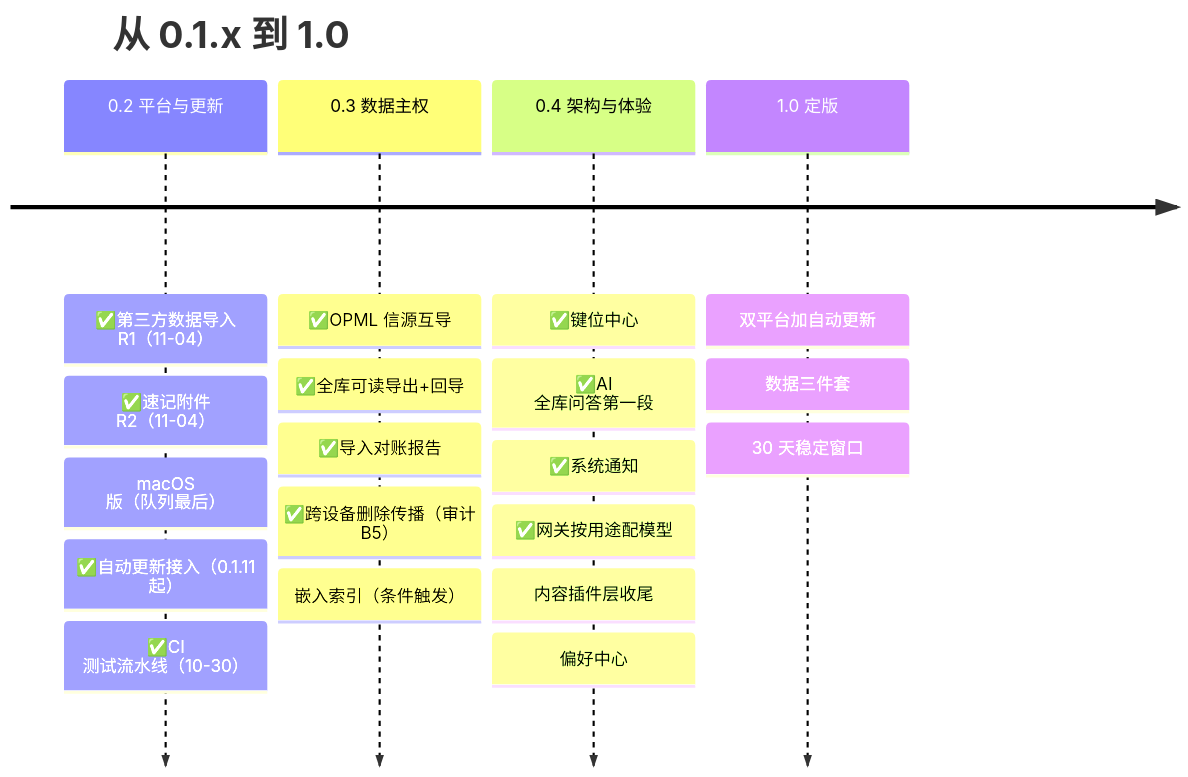
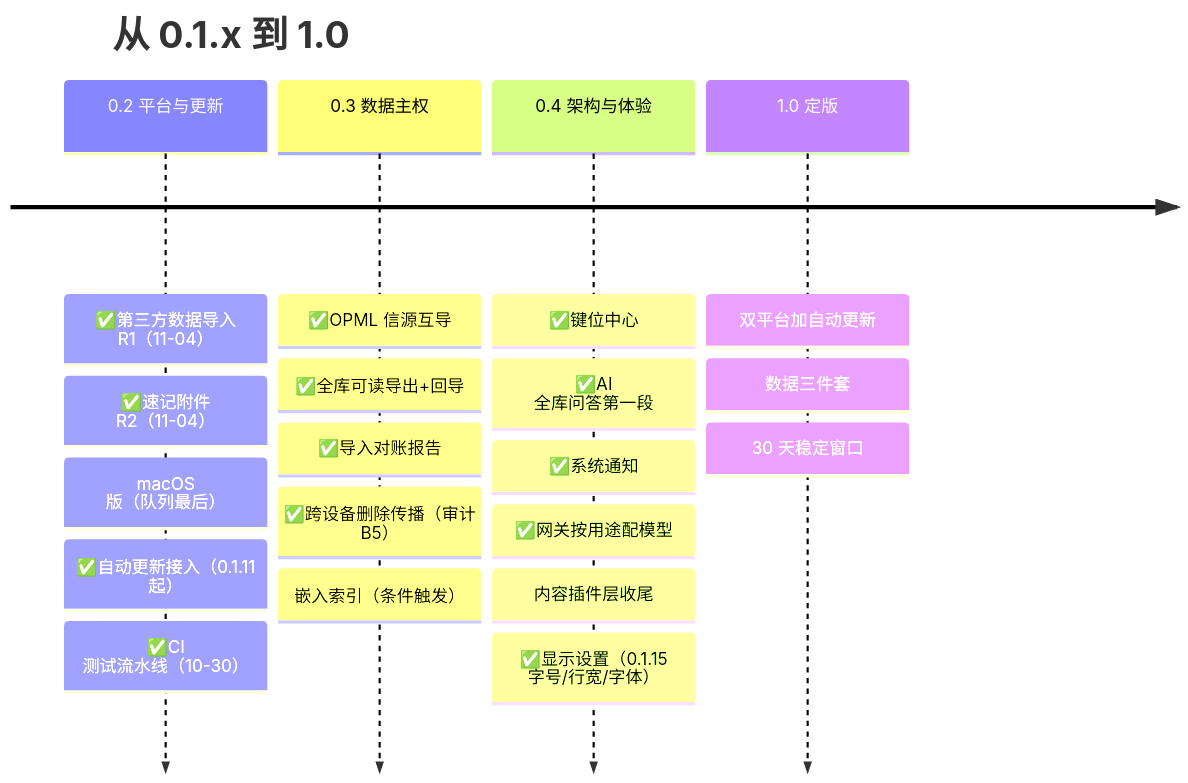
Before and after one commit to LoganLink0/pwork: the diagram in docs/design/05-路线图.md, drawn with Mermaid. The commit also changed 11 other files, not shown here.

Commit message:
chore(0.1.16 发版准备): 版本三处 0.1.16 + CHANGELOG 新条目（11-06 大批：通知中心/最近打开/公告卡/移动端导航重构/帮助页六项/设置更名/文案瘦身/AI 验收/529 基线）+ 发布说明头部与 0.1.16 变化段与更新链 + user-guide 补侧栏三构件与手机端导航节 + 测试数三处一致（介绍页数字卡 529/README 529/overview 529）+ 介绍页七处（回执文件名/三条下载直链 0.1.16）+ 交接文档时间线 + 路线图回填显示设置刻度 + AGENTS.md 追加协作规则 10（指令范围纪律，用户点头落规）

````diff
--- a/docs/design/05-路线图.md
+++ b/docs/design/05-路线图.md
@@ -19,8 +19,8 @@
 ```mermaid
 timeline
     title 从 0.1.x 到 1.0
     0.2 平台与更新 : ✅第三方数据导入 R1（11-04） : ✅速记附件 R2（11-04） : macOS 版（队列最后） : ✅自动更新接入（0.1.11 起） : ✅CI 测试流水线（10-30）
     0.3 数据主权 : ✅OPML 信源互导 : ✅全库可读导出+回导 : ✅导入对账报告 : ✅跨设备删除传播（审计 B5） : 嵌入索引（条件触发）
-    0.4 架构与体验 : ✅键位中心 : ✅AI 全库问答第一段 : ✅系统通知 : ✅网关按用途配模型 : 内容插件层收尾 : 偏好中心
+    0.4 架构与体验 : ✅键位中心 : ✅AI 全库问答第一段 : ✅系统通知 : ✅网关按用途配模型 : 内容插件层收尾 : ✅显示设置（0.1.15 字号/行宽/字体）
     1.0 定版 : 双平台加自动更新 : 数据三件套 : 30 天稳定窗口
 ```
````
